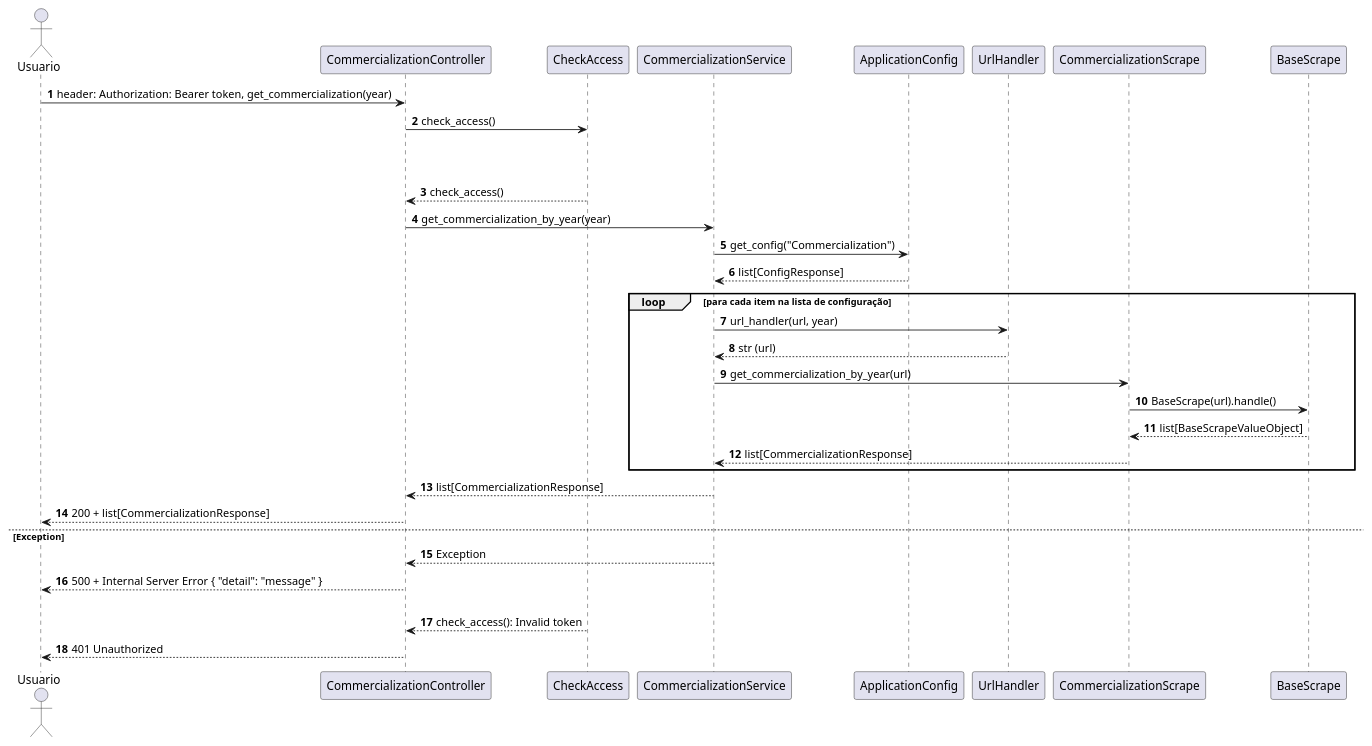
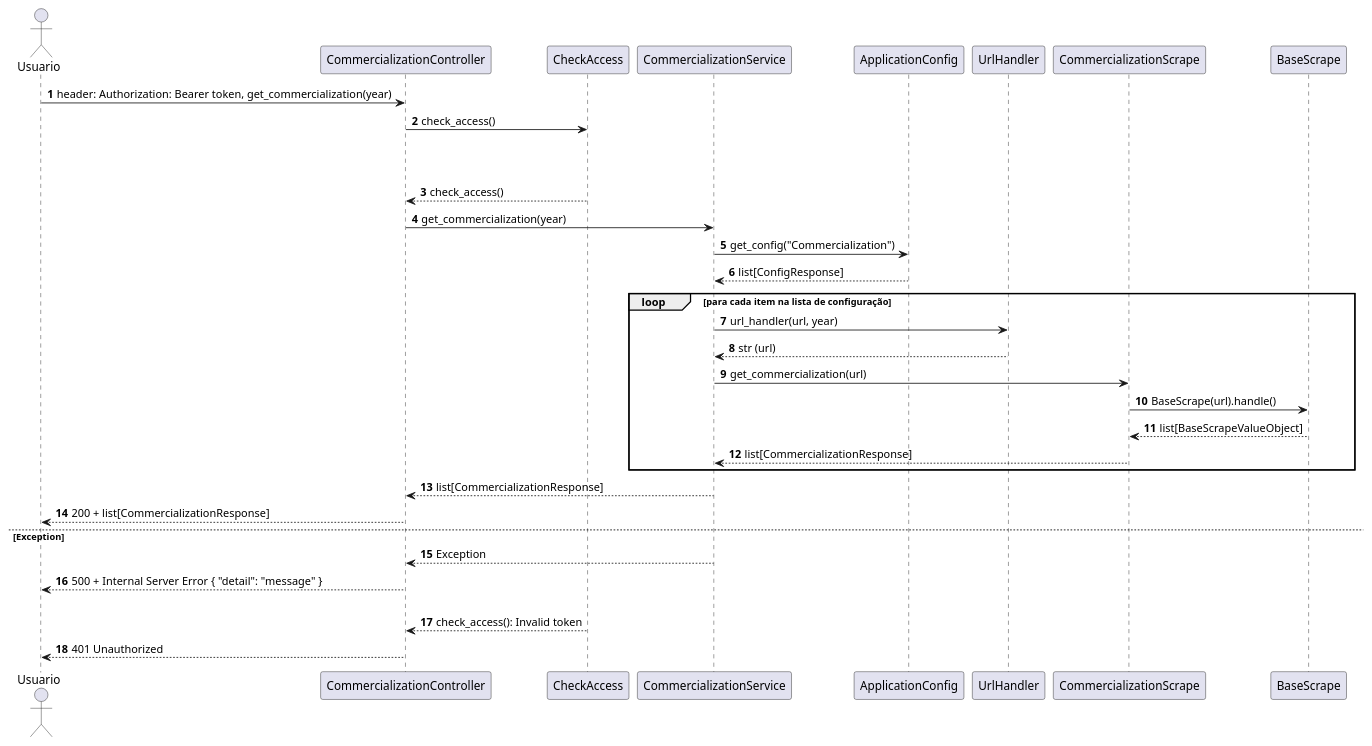
Before and after one commit to henriquecomp/vinicultura: the fifth of 8 diagrams in README.md, drawn with PlantUML. The commit also changed other lines of this file and 25 other files, not shown here.

```diff
--- a/README.md
+++ b/README.md
@@ -187,39 +187,39 @@
 @startuml
 autonumber
 actor Usuario
 participant "CommercializationController" as Controller
 participant "CheckAccess" as CheckAccess
 participant "CommercializationService" as Application
 participant "ApplicationConfig" as Config
 participant "UrlHandler" as UrlHandler
 participant "CommercializationScrape" as Scrape
 participant "BaseScrape" as BaseScrape
 
 'Requisição autenticada
 Usuario -> Controller: header: Authorization: Bearer token, get_commercialization(year) 
 Controller -> CheckAccess: check_access()
 
 alt Token Válido
     alt 
         CheckAccess --> Controller: check_access()
-        Controller -> Application: get_commercialization_by_year(year)
+        Controller -> Application: get_commercialization(year)
         Application -> Config: get_config("Commercialization") 
         Config --> Application: list[ConfigResponse]
         loop para cada item na lista de configuração
             Application -> UrlHandler: url_handler(url, year)
             UrlHandler --> Application: str (url)
-            Application -> Scrape: get_commercialization_by_year(url)
+            Application -> Scrape: get_commercialization(url)
             Scrape -> BaseScrape: BaseScrape(url).handle()
             BaseScrape --> Scrape: list[BaseScrapeValueObject]
             Scrape --> Application: list[CommercializationResponse]
         end
         Application --> Controller: list[CommercializationResponse]
         Controller --> Usuario: 200 + list[CommercializationResponse]        
     else Exception
         Application --> Controller: Exception
         Controller --> Usuario: 500 + Internal Server Error { "detail": "message" }
 else Token Inválido
     CheckAccess --> Controller: check_access(): Invalid token
     Controller --> Usuario: 401 Unauthorized
 
 @enduml
```
